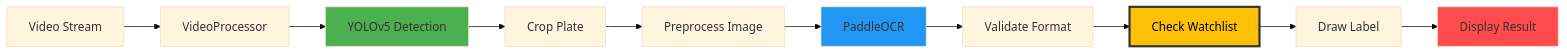
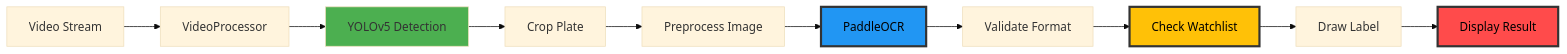
One commit to baloglu321/plate_rec changed the second of 3 diagrams in README.md. Above: the diagram before and after it, drawn with Mermaid (base theme).

````diff
--- a/README.md
+++ b/README.md
@@ -337,17 +337,17 @@
 ```mermaid
 flowchart LR
     A[Video Stream] --> B[VideoProcessor]
     B --> C[YOLOv5 Detection]
     C --> D[Crop Plate]
     D --> E[Preprocess Image]
     E --> F[PaddleOCR]
     F --> G[Validate Format]
     G --> H[Check Watchlist]
     H --> I[Draw Label]
     I --> J[Display Result]
     
     style C fill:#4CAF50
-    style F fill:#2196F3
+    style F fill:#2196F3,stroke:#333,stroke-width:3px,color:#000
     style H fill:#FFC107,stroke:#333,stroke-width:3px,color:#000
-    style J fill:#FF4B4B
+    style J fill:#FF4B4B,stroke:#333,stroke-width:3px,color:#000
 ```
````
